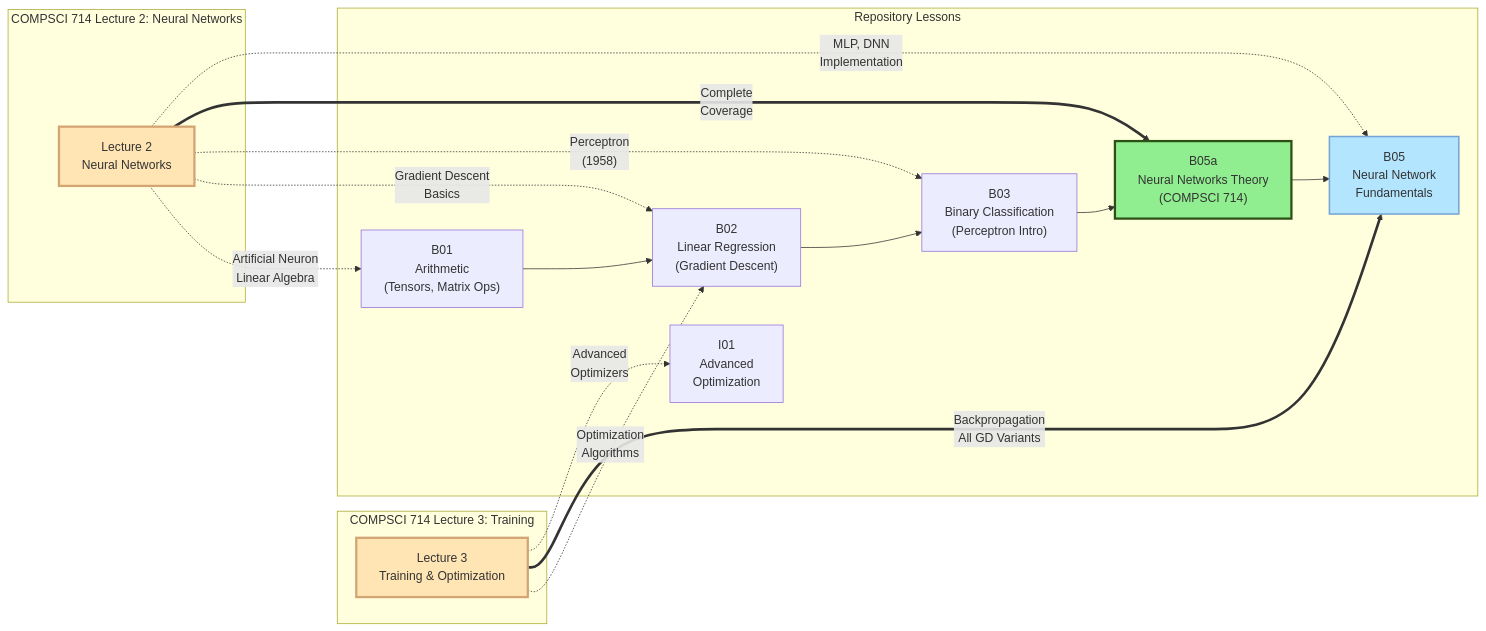
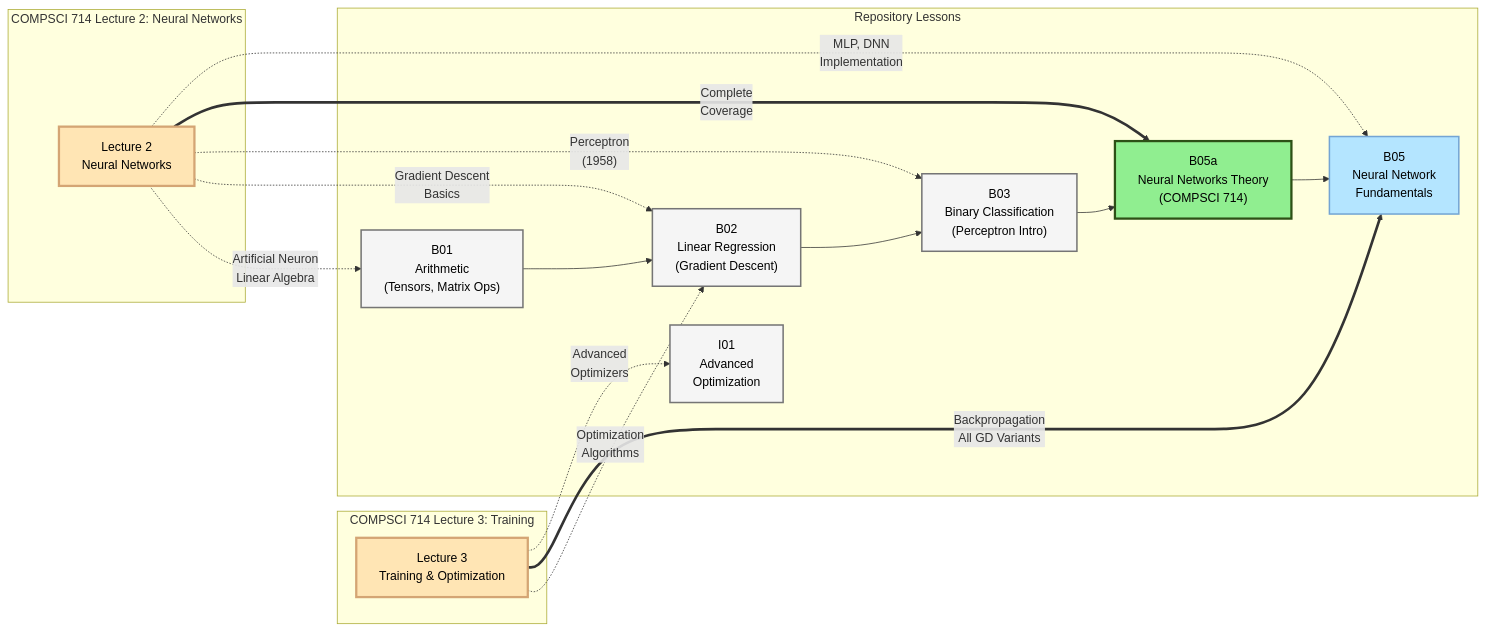
One commit to nexageapps/AI changed the first of 11 diagrams in Basic/README.md. Above: the diagram before and after it, drawn with Mermaid. The commit also changed other lines of this file, not shown here.

````diff
--- a/Basic/README.md
+++ b/Basic/README.md
@@ -61,36 +61,40 @@
 ```mermaid
 graph LR
     subgraph "COMPSCI 714 Lecture 2: Neural Networks"
         L2["Lecture 2<br/>Neural Networks"]
     end
     
     subgraph "COMPSCI 714 Lecture 3: Training"
         L3["Lecture 3<br/>Training & Optimization"]
     end
     
     subgraph "Repository Lessons"
         B01["B01<br/>Arithmetic<br/>(Tensors, Matrix Ops)"]
         B02["B02<br/>Linear Regression<br/>(Gradient Descent)"]
         B03["B03<br/>Binary Classification<br/>(Perceptron Intro)"]
         B05a["B05a<br/>Neural Networks Theory<br/>(COMPSCI 714)"]
         B05["B05<br/>Neural Network<br/>Fundamentals"]
         I01["I01<br/>Advanced<br/>Optimization"]
     end
     
     L2 -.->|"Artificial Neuron<br/>Linear Algebra"| B01
     L2 -.->|"Gradient Descent<br/>Basics"| B02
     L2 -.->|"Perceptron<br/>(1958)"| B03
     L2 ==>|"Complete<br/>Coverage"| B05a
     L2 -.->|"MLP, DNN<br/>Implementation"| B05
     
     L3 -.->|"Optimization<br/>Algorithms"| B02
     L3 ==>|"Backpropagation<br/>All GD Variants"| B05
     L3 -.->|"Advanced<br/>Optimizers"| I01
     
     B01 --> B02 --> B03 --> B05a --> B05
     
-    style L2 fill:#FFE5B4,stroke:#D4A574,stroke-width:3px
-    style L3 fill:#FFE5B4,stroke:#D4A574,stroke-width:3px
-    style B05a fill:#90EE90,stroke:#2d5016,stroke-width:3px
-    style B05 fill:#B4E5FF,stroke:#74A5D4,stroke-width:2px
+    style L2 fill:#FFE5B4,stroke:#D4A574,stroke-width:3px,color:#000
+    style L3 fill:#FFE5B4,stroke:#D4A574,stroke-width:3px,color:#000
+    style B05a fill:#90EE90,stroke:#2d5016,stroke-width:3px,color:#000
+    style B05 fill:#B4E5FF,stroke:#74A5D4,stroke-width:2px,color:#000
+    style B01 fill:#f5f5f5,stroke:#757575,stroke-width:2px,color:#000
+    style B02 fill:#f5f5f5,stroke:#757575,stroke-width:2px,color:#000
+    style B03 fill:#f5f5f5,stroke:#757575,stroke-width:2px,color:#000
+    style I01 fill:#f5f5f5,stroke:#757575,stroke-width:2px,color:#000
 ```
````
